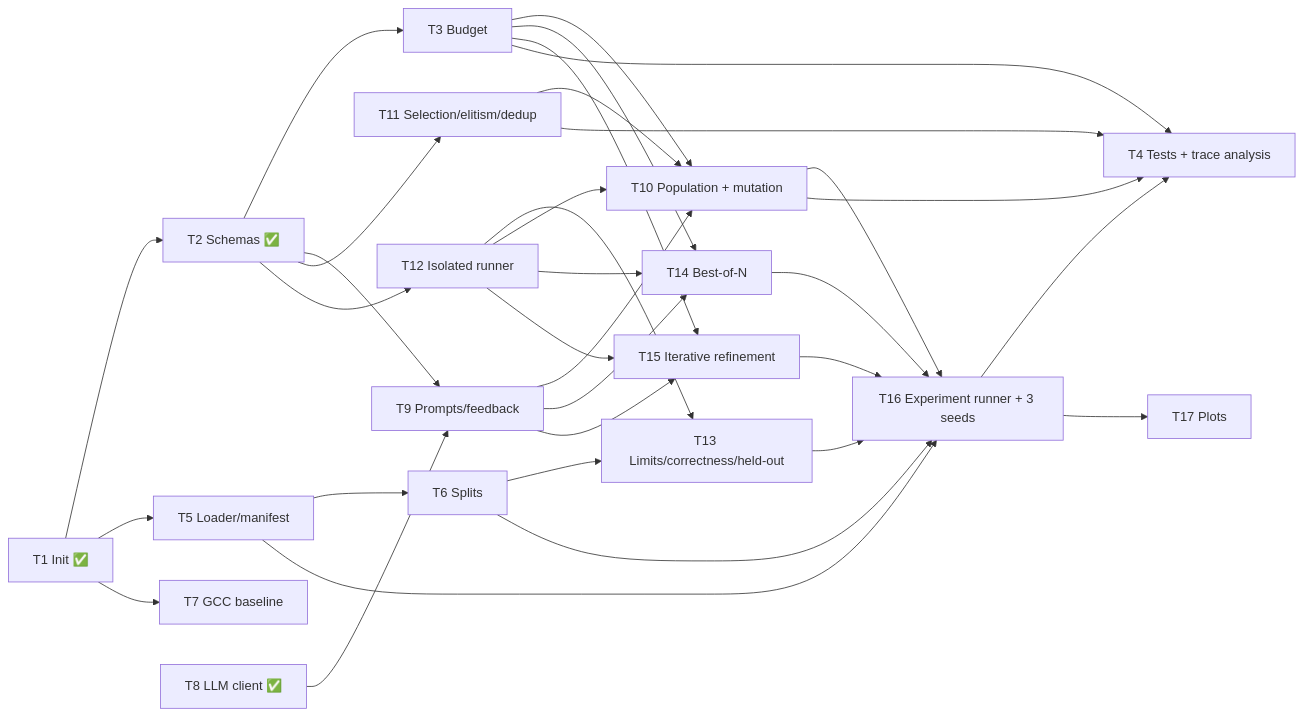
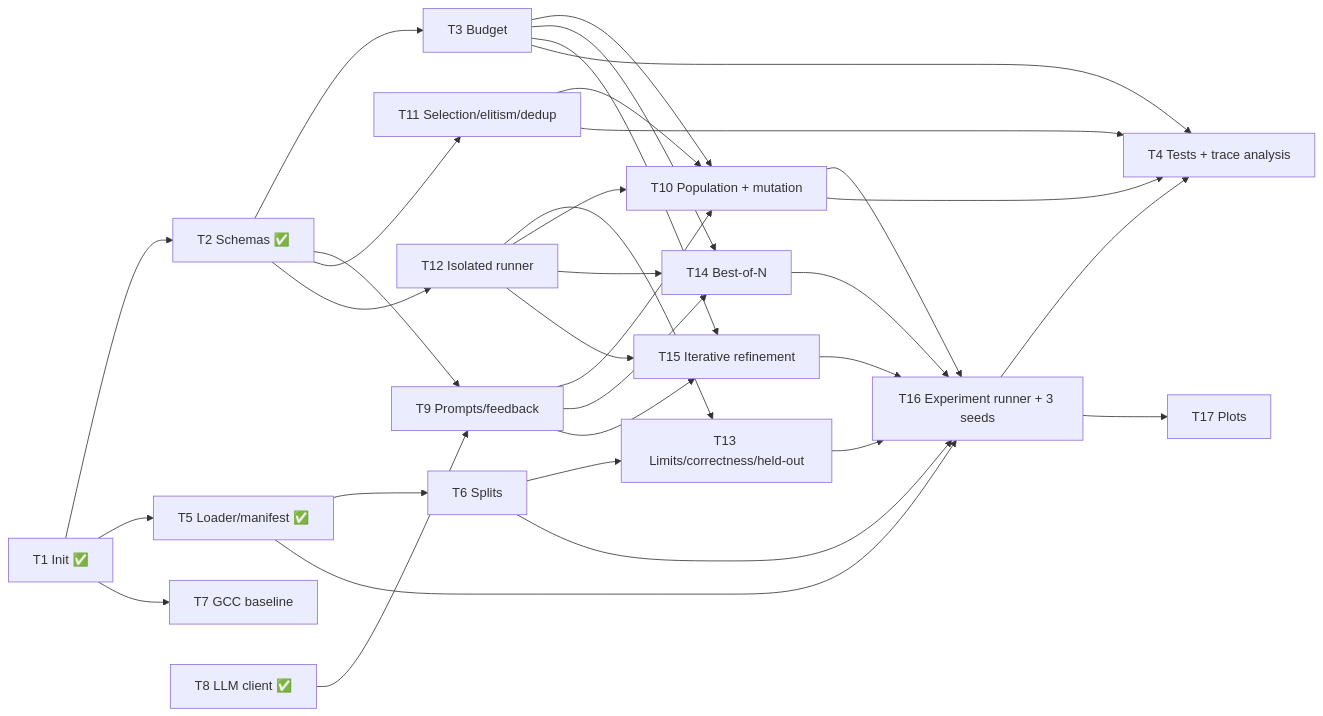
Before and after one commit to datphamvn/asmevo: the diagram in docs/coding-tracking.md, drawn with Mermaid. The commit also changed other lines of this file, not shown here.

````diff
--- a/docs/coding-tracking.md
+++ b/docs/coding-tracking.md
@@ -33,35 +33,35 @@
 ```mermaid
 graph LR
   T1[T1 Init ✅] --> T2[T2 Schemas ✅]
-  T1 --> T5[T5 Loader/manifest]
+  T1 --> T5[T5 Loader/manifest ✅]
   T1 --> T7[T7 GCC baseline]
   T5 --> T6[T6 Splits]
   T8[T8 LLM client ✅] --> T9[T9 Prompts/feedback]
   T2 --> T3[T3 Budget]
   T2 --> T9
   T2 --> T11[T11 Selection/elitism/dedup]
   T2 --> T12[T12 Isolated runner]
   T12 --> T13[T13 Limits/correctness/held-out]
   T6 --> T13
   T3 --> T10[T10 Population + mutation]
   T9 --> T10
   T11 --> T10
   T12 --> T10
   T3 --> T14[T14 Best-of-N]
   T9 --> T14
   T12 --> T14
   T3 --> T15[T15 Iterative refinement]
   T9 --> T15
   T12 --> T15
   T5 --> T16[T16 Experiment runner + 3 seeds]
   T6 --> T16
   T10 --> T16
   T13 --> T16
   T14 --> T16
   T15 --> T16
   T3 --> T4[T4 Tests + trace analysis]
   T10 --> T4
   T11 --> T4
   T16 --> T4
   T16 --> T17[T17 Plots]
 ```
````
